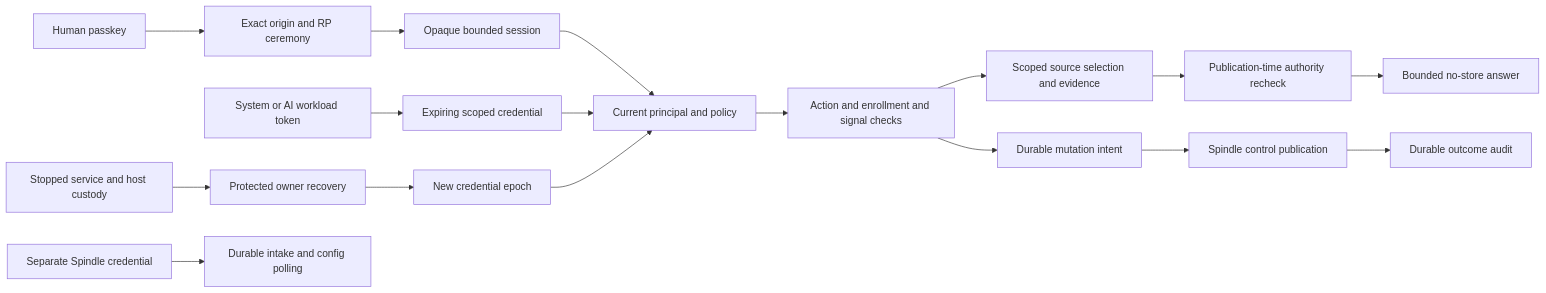
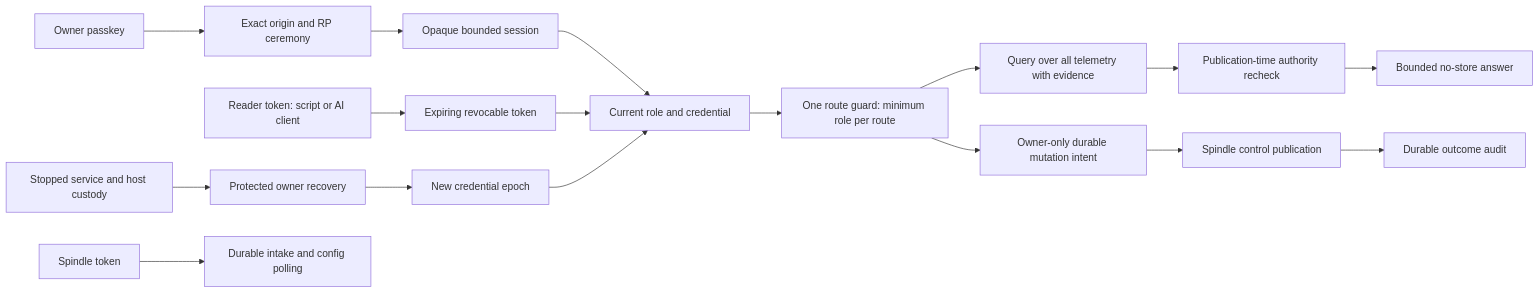
Before and after one commit to kmosoti/FabricO11y: the diagram in docs/diagrams/identity-access.mmd, drawn with Mermaid. The commit also changed 14 other files, not shown here.

```diff
--- a/docs/diagrams/identity-access.mmd
+++ b/docs/diagrams/identity-access.mmd
@@ -1,17 +1,17 @@
 flowchart LR
-    Human[Human passkey] --> Ceremony[Exact origin and RP ceremony]
+    Human[Owner passkey] --> Ceremony[Exact origin and RP ceremony]
     Ceremony --> Session[Opaque bounded session]
-    Agent[System or AI workload token] --> Credential[Expiring scoped credential]
-    Session --> Authority[Current principal and policy]
+    Reader[Reader token: script or AI client] --> Credential[Expiring revocable token]
+    Session --> Authority[Current role and credential]
     Credential --> Authority
-    Authority --> Gate[Action and enrollment and signal checks]
-    Gate --> Query[Scoped source selection and evidence]
+    Authority --> Gate[One route guard: minimum role per route]
+    Gate --> Query[Query over all telemetry with evidence]
     Query --> Recheck[Publication-time authority recheck]
     Recheck --> Answer[Bounded no-store answer]
-    Gate --> Intent[Durable mutation intent]
+    Gate --> Intent[Owner-only durable mutation intent]
     Intent --> Control[Spindle control publication]
     Control --> Audit[Durable outcome audit]
     Host[Stopped service and host custody] --> Recovery[Protected owner recovery]
     Recovery --> Epoch[New credential epoch]
     Epoch --> Authority
-    Spindle[Separate Spindle credential] --> Intake[Durable intake and config polling]
+    Spindle[Spindle token] --> Intake[Durable intake and config polling]
```
